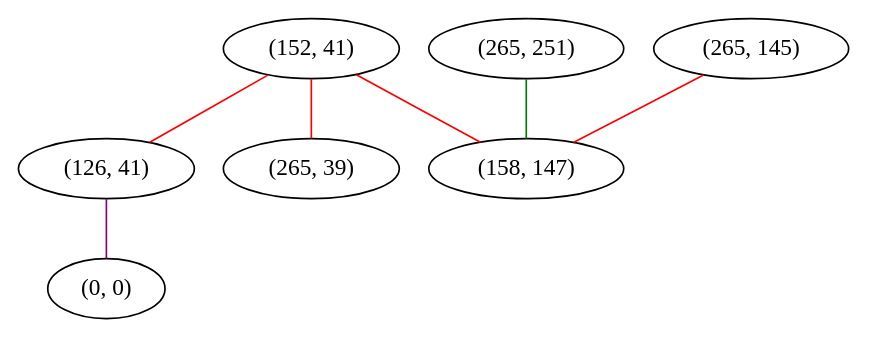
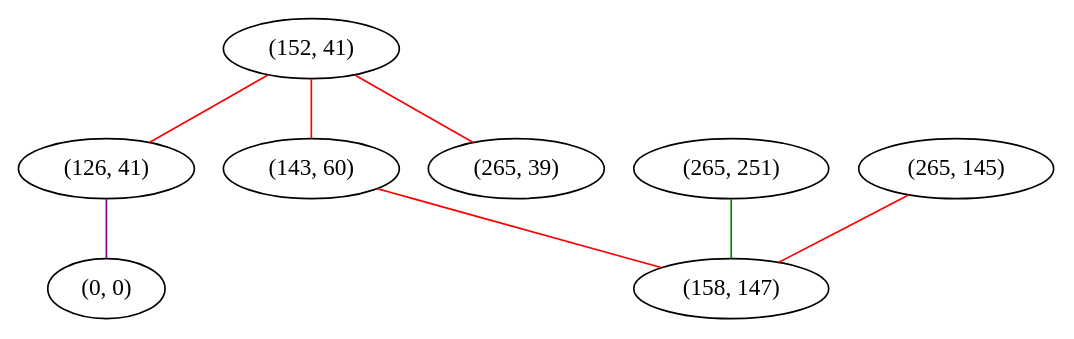
The diagram in graphviz/dejavu-sans/m.gv (FelixMcFelix/sip-for-cv-paper), drawn with Graphviz before and after one commit. The commit also changed 121 other files, not shown here.

First line of the commit message:
[MakeGraph] Better Graph Generation

```diff
--- a/graphviz/dejavu-sans/m.gv
+++ b/graphviz/dejavu-sans/m.gv
@@ -1,15 +1,17 @@
 graph "" {
 "(152, 41)";
 "(265, 251)";
 "(126, 41)";
+"(143, 60)";
 "(0, 0)";
 "(265, 145)";
 "(158, 147)";
 "(265, 39)";
-"(152, 41)" -- "(158, 147)"  [color=red, key=0, weight=1];
+"(152, 41)" -- "(143, 60)"  [color=red, key=0, weight=1];
 "(152, 41)" -- "(126, 41)"  [color=red, key=0, weight=1];
 "(152, 41)" -- "(265, 39)"  [color=red, key=0, weight=1];
 "(265, 251)" -- "(158, 147)"  [color=green, key=0, weight=2];
 "(126, 41)" -- "(0, 0)"  [color=purple, key=0, weight=4];
+"(143, 60)" -- "(158, 147)"  [color=red, key=0, weight=1];
 "(265, 145)" -- "(158, 147)"  [color=red, key=0, weight=1];
 }
```
